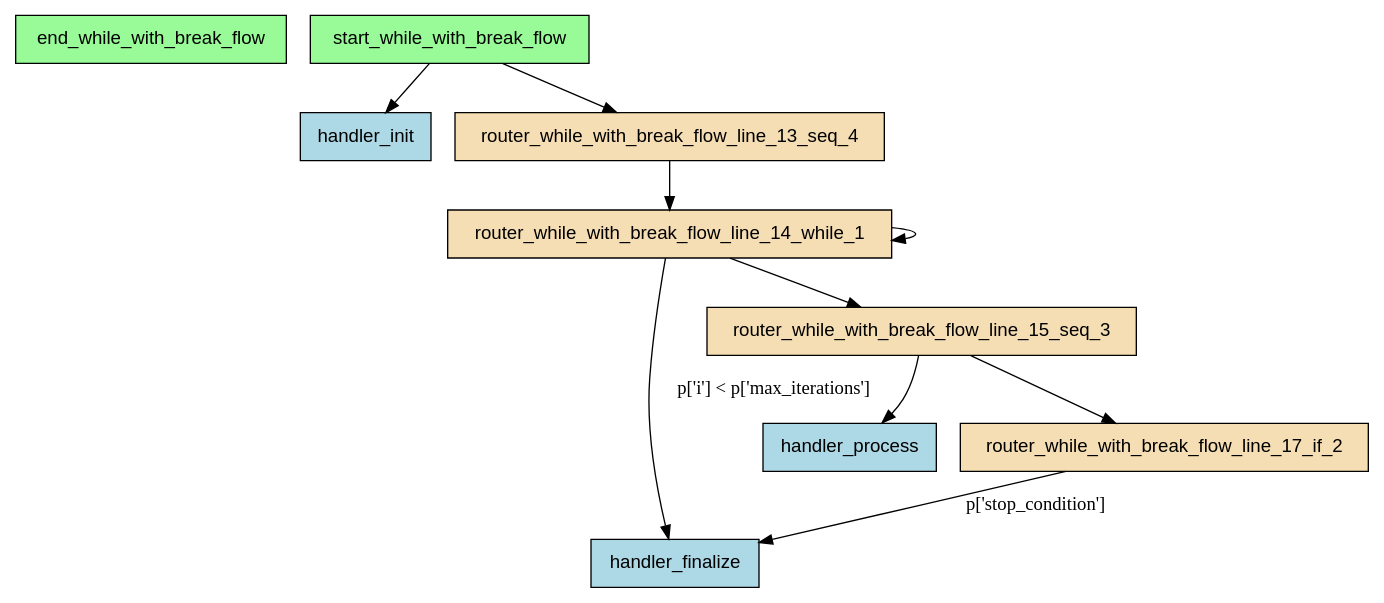
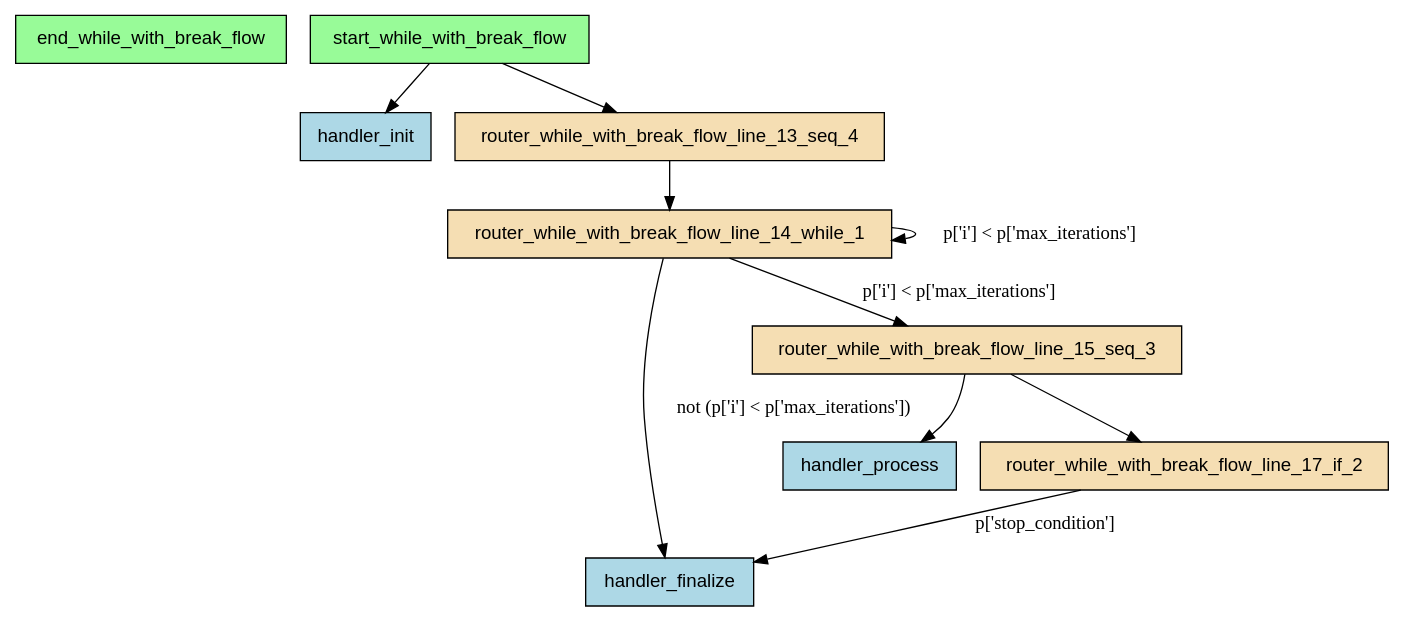
Before and after one commit to deliveryhero/asya: the diagram in examples/flows/compiled/while_with_break/flow.dot, drawn with Graphviz. The commit also changed 163 other files, not shown here.

```diff
--- a/examples/flows/compiled/while_with_break/flow.dot
+++ b/examples/flows/compiled/while_with_break/flow.dot
@@ -1,24 +1,24 @@
 digraph "while_with_break_flow" {
     rankdir=TB;
     node [shape=box, style=filled, fontname="Helvetica"];
 
     end_while_with_break_flow [label="end_while_with_break_flow", fillcolor=palegreen];
     handler_finalize [label="handler_finalize", fillcolor=lightblue];
     handler_init [label="handler_init", fillcolor=lightblue];
     handler_process [label="handler_process", fillcolor=lightblue];
     router_while_with_break_flow_line_13_seq_4 [label="router_while_with_break_flow_line_13_seq_4", fillcolor=wheat];
     router_while_with_break_flow_line_14_while_1 [label="router_while_with_break_flow_line_14_while_1", fillcolor=wheat];
     router_while_with_break_flow_line_15_seq_3 [label="router_while_with_break_flow_line_15_seq_3", fillcolor=wheat];
     router_while_with_break_flow_line_17_if_2 [label="router_while_with_break_flow_line_17_if_2", fillcolor=wheat];
     start_while_with_break_flow [label="start_while_with_break_flow", fillcolor=palegreen];
 
     start_while_with_break_flow -> handler_init;
     start_while_with_break_flow -> router_while_with_break_flow_line_13_seq_4;
     router_while_with_break_flow_line_17_if_2 -> handler_finalize [label="p['stop_condition']"];
     router_while_with_break_flow_line_15_seq_3 -> handler_process;
     router_while_with_break_flow_line_15_seq_3 -> router_while_with_break_flow_line_17_if_2;
-    router_while_with_break_flow_line_14_while_1 -> router_while_with_break_flow_line_15_seq_3;
-    router_while_with_break_flow_line_14_while_1 -> router_while_with_break_flow_line_14_while_1;
-    router_while_with_break_flow_line_14_while_1 -> handler_finalize [label="p['i'] < p['max_iterations']"];
+    router_while_with_break_flow_line_14_while_1 -> router_while_with_break_flow_line_15_seq_3 [label="p['i'] < p['max_iterations']"];
+    router_while_with_break_flow_line_14_while_1 -> router_while_with_break_flow_line_14_while_1 [label="p['i'] < p['max_iterations']"];
+    router_while_with_break_flow_line_14_while_1 -> handler_finalize [label="not (p['i'] < p['max_iterations'])"];
     router_while_with_break_flow_line_13_seq_4 -> router_while_with_break_flow_line_14_while_1;
 }
```
